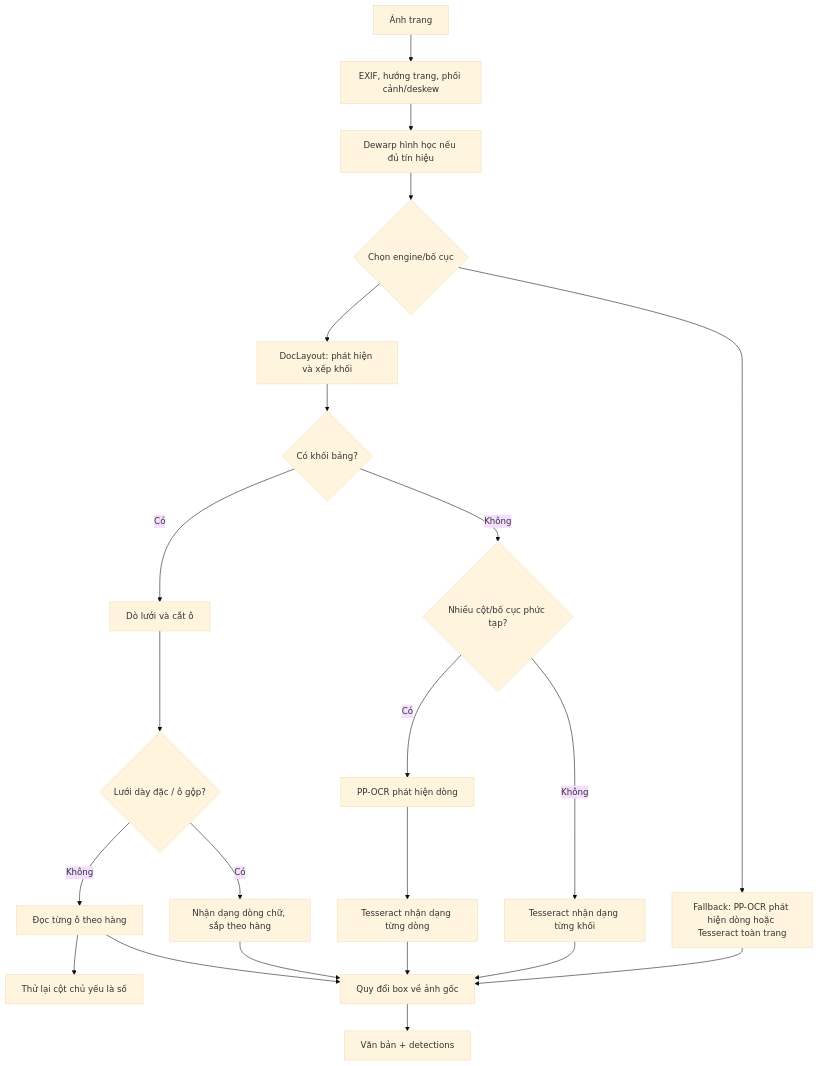
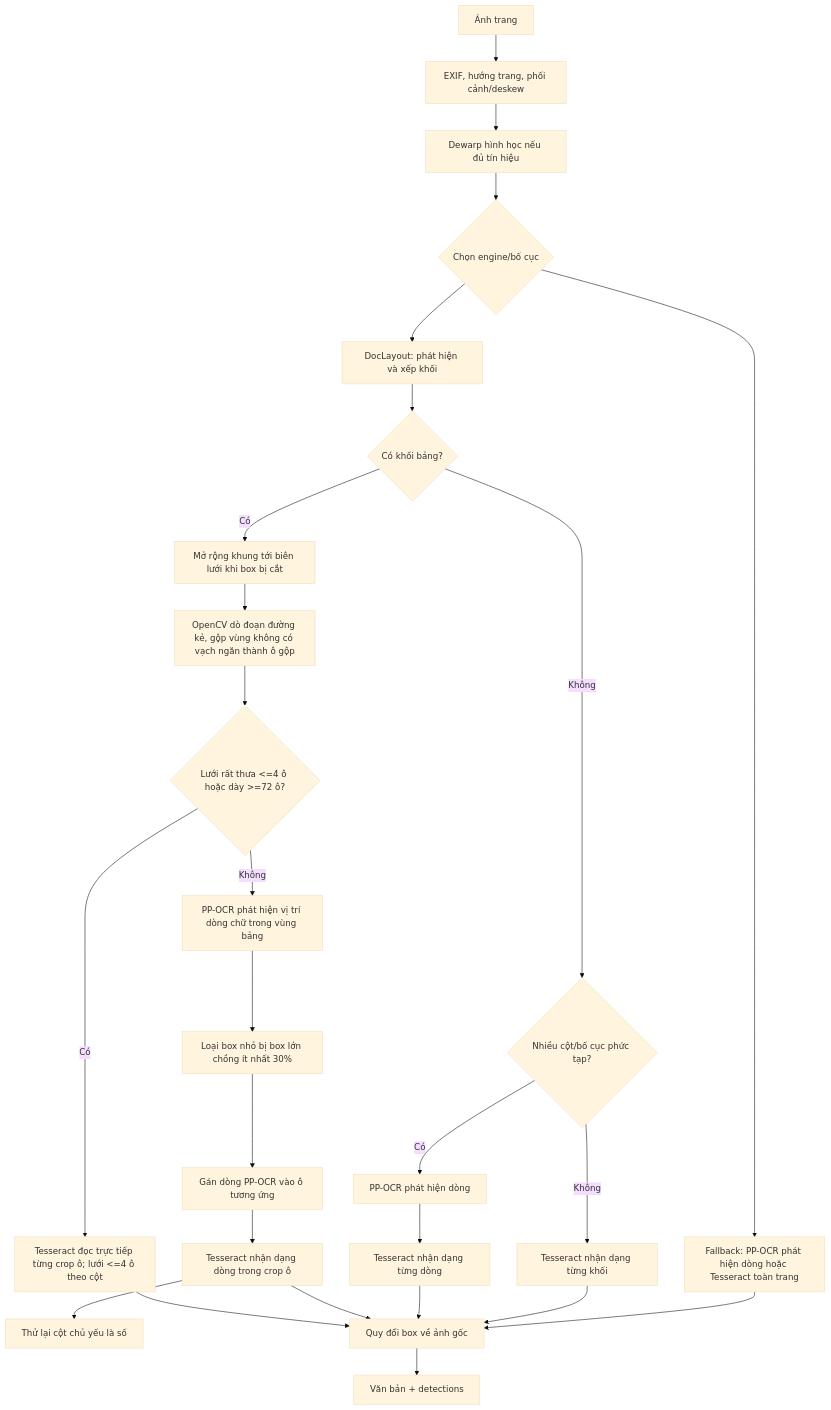
One commit to danhbh03/OCR changed the second of 2 diagrams in ARCHITECTURE.md. Above: the diagram before and after it, drawn with Mermaid (base theme). The commit also changed other lines of this file and 6 other files, not shown here.

Commit message:
sửa lại cách đọc bảng

````diff
--- a/ARCHITECTURE.md
+++ b/ARCHITECTURE.md
@@ -81,24 +81,28 @@
 ```mermaid
 flowchart TD
     Input[Ảnh trang] --> Normalize[EXIF, hướng trang, phối cảnh/deskew]
     Normalize --> Dewarp[Dewarp hình học nếu đủ tín hiệu]
     Dewarp --> Route{Chọn engine/bố cục}
     Route --> Layout[DocLayout: phát hiện và xếp khối]
     Layout --> Table{Có khối bảng?}
-    Table -->|Có| Grid[Dò lưới và cắt ô]
-    Grid --> Dense{Lưới dày đặc / ô gộp?}
-    Dense -->|Có| LineOrder[Nhận dạng dòng chữ, sắp theo hàng]
-    Dense -->|Không| Rows[Đọc từng ô theo hàng]
-    Rows --> Num[Thử lại cột chủ yếu là số]
+    Table -->|Có| Expand[Mở rộng khung tới biên lưới khi box bị cắt]
+    Expand --> Grid[OpenCV dò đoạn đường kẻ, gộp vùng không có vạch ngăn thành ô gộp]
+    Grid --> Direct{Lưới rất thưa <=4 ô hoặc dày >=72 ô?}
+    Direct -->|Có| DirectCell[Tesseract đọc trực tiếp từng crop ô; lưới <=4 ô theo cột]
+    Direct -->|Không| PPTable[PP-OCR phát hiện vị trí dòng chữ trong vùng bảng]
+    PPTable --> Dedup[Loại box nhỏ bị box lớn chồng ít nhất 30%]
+    Dedup --> Assign[Gán dòng PP-OCR vào ô tương ứng]
+    Assign --> CellOCR[Tesseract nhận dạng dòng trong crop ô]
+    CellOCR --> Num[Thử lại cột chủ yếu là số]
     Table -->|Không| Multi{Nhiều cột/bố cục phức tạp?}
     Multi -->|Có| Detect[PP-OCR phát hiện dòng]
     Detect --> RecLine[Tesseract nhận dạng từng dòng]
     Multi -->|Không| RecBlock[Tesseract nhận dạng từng khối]
     Route --> Fallback[Fallback: PP-OCR phát hiện dòng hoặc Tesseract toàn trang]
-    Rows --> Map[Quy đổi box về ảnh gốc]
-    LineOrder --> Map
+    DirectCell --> Map[Quy đổi box về ảnh gốc]
+    CellOCR --> Map
     RecLine --> Map
     RecBlock --> Map
     Fallback --> Map
     Map --> Result[Văn bản + detections]
 ```
````
